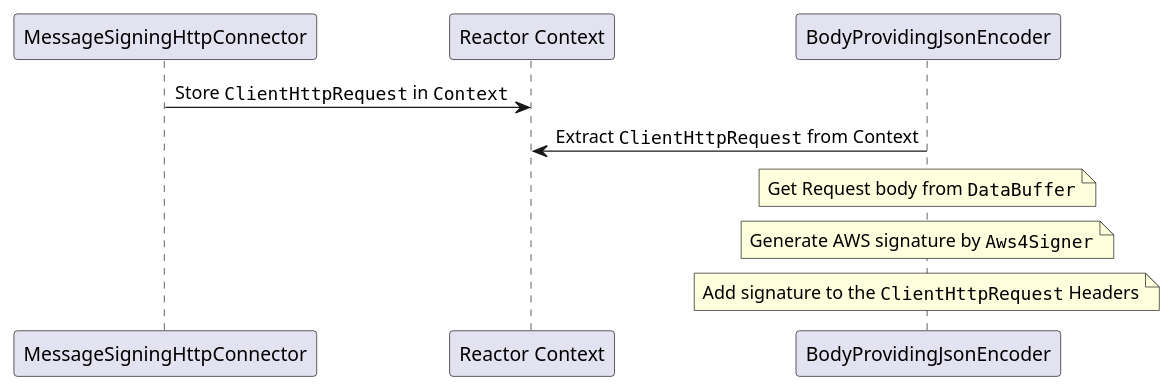
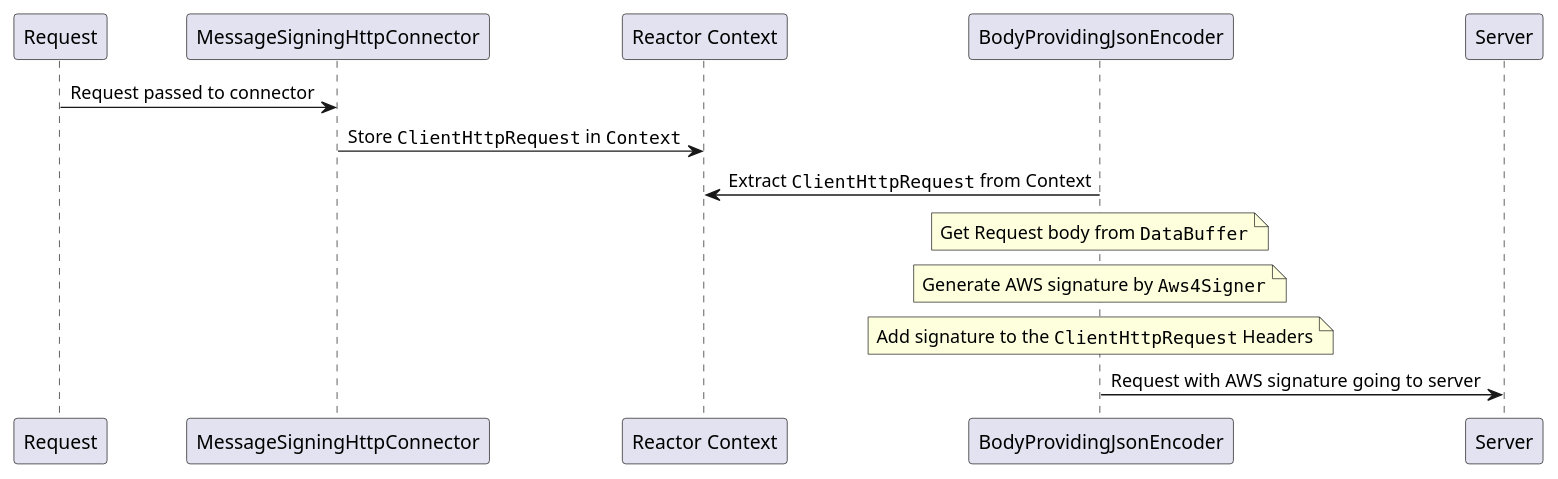
One commit to kkocel/webclient-signed-request-to-aws changed the diagram in docs/web-client-signing-sequence.puml. Above: the diagram before and after it, drawn with PlantUML.

Commit message:
server and request added

```diff
--- a/docs/web-client-signing-sequence.puml
+++ b/docs/web-client-signing-sequence.puml
@@ -1,11 +1,14 @@
 @startuml
+
+Request -> MessageSigningHttpConnector: Request passed to connector
 
 MessageSigningHttpConnector -> "Reactor Context": Store ""ClientHttpRequest"" in ""Context""
 
 BodyProvidingJsonEncoder -> "Reactor Context": Extract ""ClientHttpRequest"" from Context
 
 note over BodyProvidingJsonEncoder: Get Request body from ""DataBuffer""
 note over BodyProvidingJsonEncoder: Generate AWS signature by ""Aws4Signer""
 note over BodyProvidingJsonEncoder: Add signature to the ""ClientHttpRequest"" Headers
 
+BodyProvidingJsonEncoder -> Server: Request with AWS signature going to server
 @enduml
```
